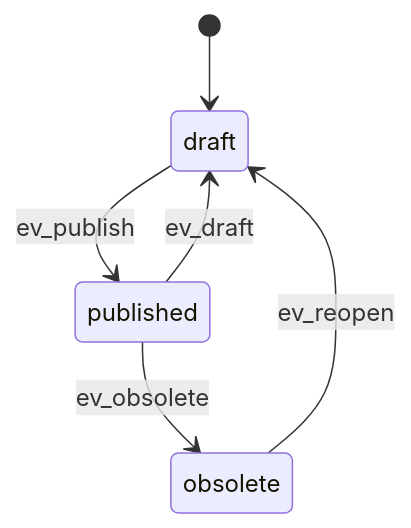
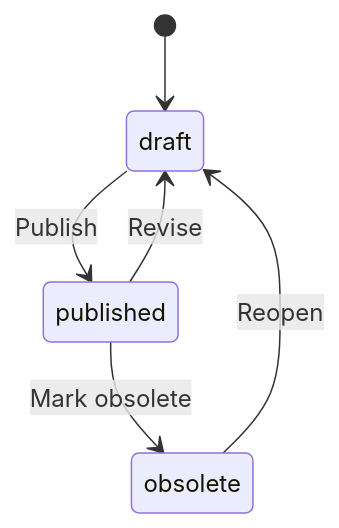
One commit to rudnerbjoern/iTop-br-isms changed the first of 3 diagrams in README.md. Above: the diagram before and after it, drawn with Mermaid. The commit also changed other lines of this file, not shown here.

````diff
--- a/README.md
+++ b/README.md
@@ -101,9 +90,8 @@
 ```mermaid
 stateDiagram-v2
   [*] --> draft
-
-  draft --> published: ev_publish
-  published --> draft: ev_draft
-  published --> obsolete: ev_obsolete
-  obsolete --> draft: ev_reopen
+  draft --> published: Publish
+  published --> draft: Revise
+  published --> obsolete: Mark obsolete
+  obsolete --> draft: Reopen
 ```
````
